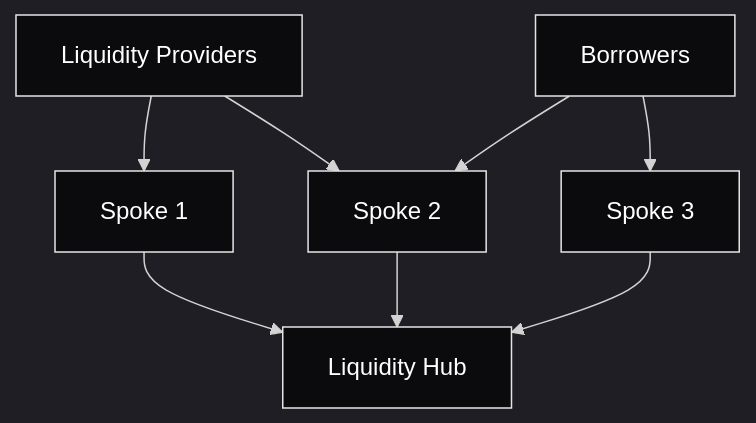
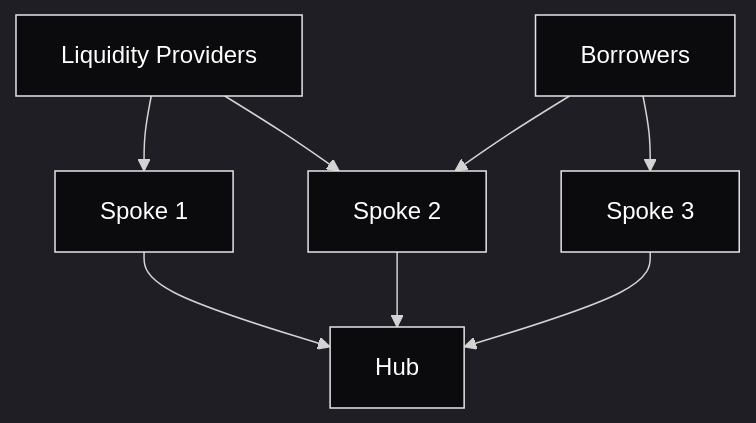
The diagram in docs/overview.md (aave/aave-v4), drawn with Mermaid before and after one commit. The commit also changed other lines of this file and 1 other file, not shown here.

````diff
--- a/docs/overview.md
+++ b/docs/overview.md
@@ -13,27 +13,27 @@
 ```mermaid
 %%{init: {"theme": "dark"}}%%
 flowchart TD
   %% Nodes
   LP[Liquidity Providers]
   BR[Borrowers]
 
   S1[Spoke 1]
   S2[Spoke 2]
   S3[Spoke 3]
 
-  HUB[Liquidity Hub]
+  HUB[Hub]
 
   %% Edges
   LP --> S1
   LP --> S2
   BR --> S2
   BR --> S3
 
   S1 --> HUB
   S2 --> HUB
   S3 --> HUB
 
   %% Styling (optional)
   classDef box fill:#0b0b0d,stroke:#e5e5e5,stroke-width:1px,color:#ffffff;
   class LP,BR,S1,S2,S3,HUB box;
 ```
````
